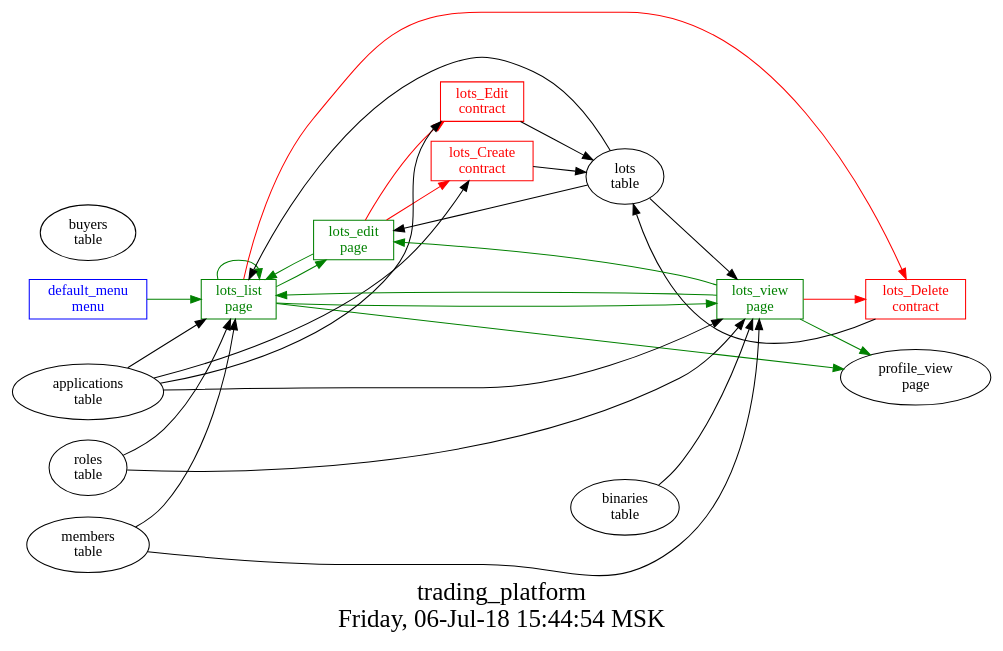
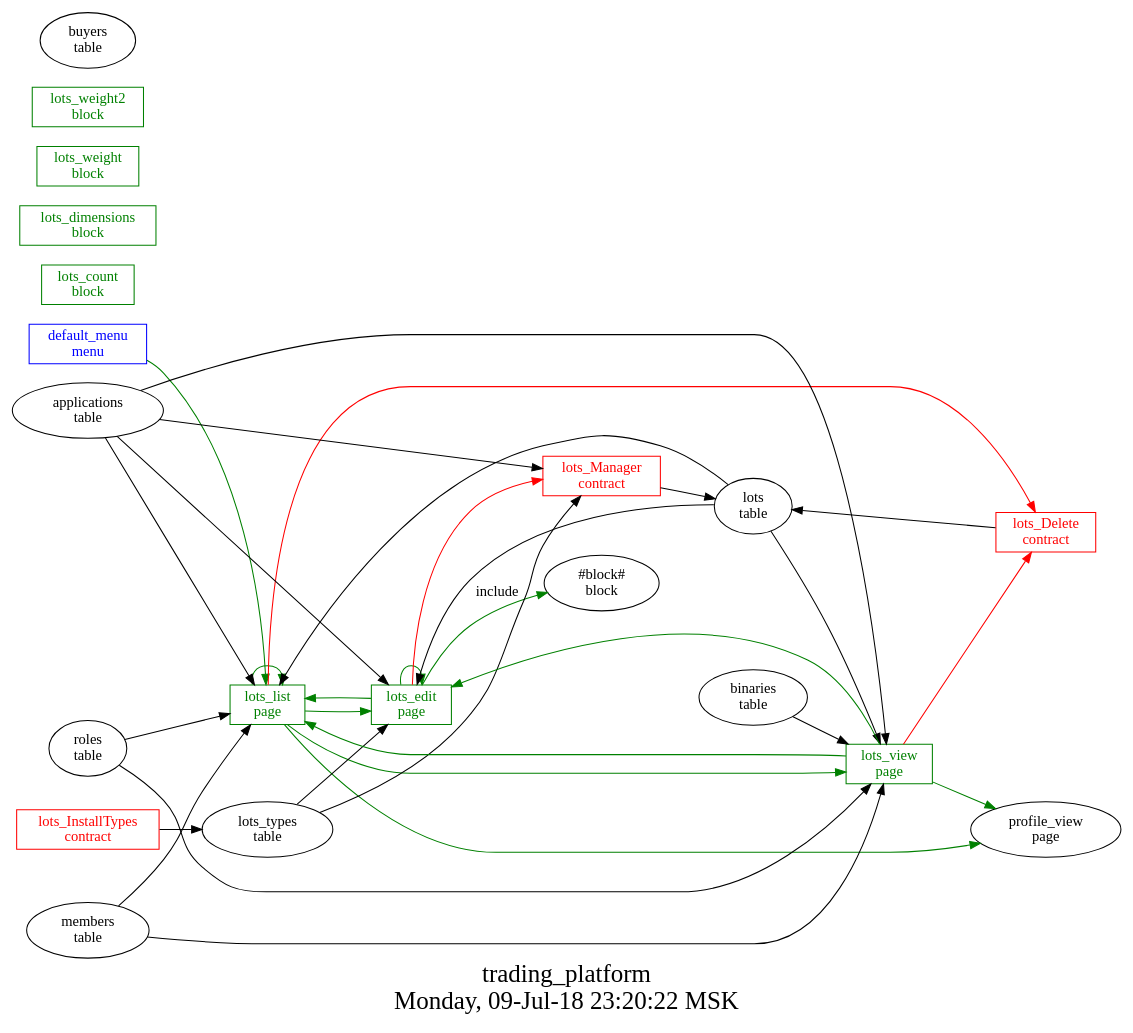
One commit to AplaProject/apps changed the diagram in src/trading_platform/struct.dot. Above: the diagram before and after it, drawn with Graphviz. The commit also changed 92 other files, not shown here.

```diff
--- a/src/trading_platform/struct.dot
+++ b/src/trading_platform/struct.dot
@@ -1,47 +1,55 @@
 digraph G {
 graph [
   fontsize="24";
-  label="trading_platform\nFriday, 06-Jul-18 15:44:54 MSK";
+  label="trading_platform\nMonday, 09-Jul-18 23:20:22 MSK";
   nojustify=true;
   ordering=out;
   rankdir=LR;
   size="30";
 ];
 "default_menu\nmenu" -> "lots_list\npage"  [ color=green ]
 "default_menu\nmenu" [color=blue, fontcolor=blue, group=menus, shape=record];
-"lots_edit\npage" -> "lots_Edit\ncontract"  [ color=red ]
-"lots_edit\npage" -> "lots_Create\ncontract"  [ color=red ]
+"lots_edit\npage" -> "lots_Manager\ncontract"  [ color=red ]
+"applications\ntable" -> "lots_edit\npage"
 "lots\ntable" -> "lots_edit\npage"
+"lots_types\ntable" -> "lots_edit\npage"
 "lots_edit\npage" -> "lots_list\npage"  [ color=green ]
+"lots_edit\npage" -> "lots_edit\npage"  [ color=green ]
+"lots_edit\npage" -> "#block#\nblock"  [ color=green, label=include ]
 "lots_edit\npage" [color=green, fontcolor=green, group=pages, shape=record];
 "lots_list\npage" -> "lots_Delete\ncontract"  [ color=red ]
 "applications\ntable" -> "lots_list\npage"
 "roles\ntable" -> "lots_list\npage"
 "lots\ntable" -> "lots_list\npage"
 "members\ntable" -> "lots_list\npage"
 "lots_list\npage" -> "lots_edit\npage"  [ color=green ]
 "lots_list\npage" -> "lots_list\npage"  [ color=green ]
 "lots_list\npage" -> "lots_view\npage"  [ color=green ]
 "lots_list\npage" -> "profile_view\npage"  [ color=green ]
 "lots_list\npage" [color=green, fontcolor=green, group=pages, shape=record];
 "lots_view\npage" -> "lots_Delete\ncontract"  [ color=red ]
 "applications\ntable" -> "lots_view\npage"
 "lots\ntable" -> "lots_view\npage"
 "roles\ntable" -> "lots_view\npage"
 "members\ntable" -> "lots_view\npage"
 "binaries\ntable" -> "lots_view\npage"
 "lots_view\npage" -> "profile_view\npage"  [ color=green ]
 "lots_view\npage" -> "lots_list\npage"  [ color=green ]
 "lots_view\npage" -> "lots_edit\npage"  [ color=green ]
 "lots_view\npage" [color=green, fontcolor=green, group=pages, shape=record];
-"lots_Create\ncontract" -> "lots\ntable"  [ color="" ]
-"applications\ntable" -> "lots_Create\ncontract"
-"lots_Create\ncontract" [color=red, fontcolor=red, group=contracts, shape=record];
+"lots_count\nblock" [color=green, fontcolor=green, group=blocks, shape=record];
+"lots_dimensions\nblock" [color=green, fontcolor=green, group=blocks, shape=record];
+"lots_weight\nblock" [color=green, fontcolor=green, group=blocks, shape=record];
+"lots_weight2\nblock" [color=green, fontcolor=green, group=blocks, shape=record];
 "lots_Delete\ncontract" -> "lots\ntable"  [ color="" ]
 "lots_Delete\ncontract" [color=red, fontcolor=red, group=contracts, shape=record];
-"lots_Edit\ncontract" -> "lots\ntable"  [ color="" ]
-"applications\ntable" -> "lots_Edit\ncontract"
-"lots_Edit\ncontract" [color=red, fontcolor=red, group=contracts, shape=record];
+"lots_InstallTypes\ncontract" -> "lots_types\ntable"  [ color="" ]
+"lots_InstallTypes\ncontract" [color=red, fontcolor=red, group=contracts, shape=record];
+"lots_Manager\ncontract" -> "lots\ntable"  [ color="" ]
+"lots_types\ntable" -> "lots_Manager\ncontract"
+"applications\ntable" -> "lots_Manager\ncontract"
+"lots_Manager\ncontract" [color=red, fontcolor=red, group=contracts, shape=record];
 "buyers\ntable" [color="", fontcolor="", group=tables, shape=""];
 "lots\ntable" [color="", fontcolor="", group=tables, shape=""];
+"lots_types\ntable" [color="", fontcolor="", group=tables, shape=""];
 }
```
